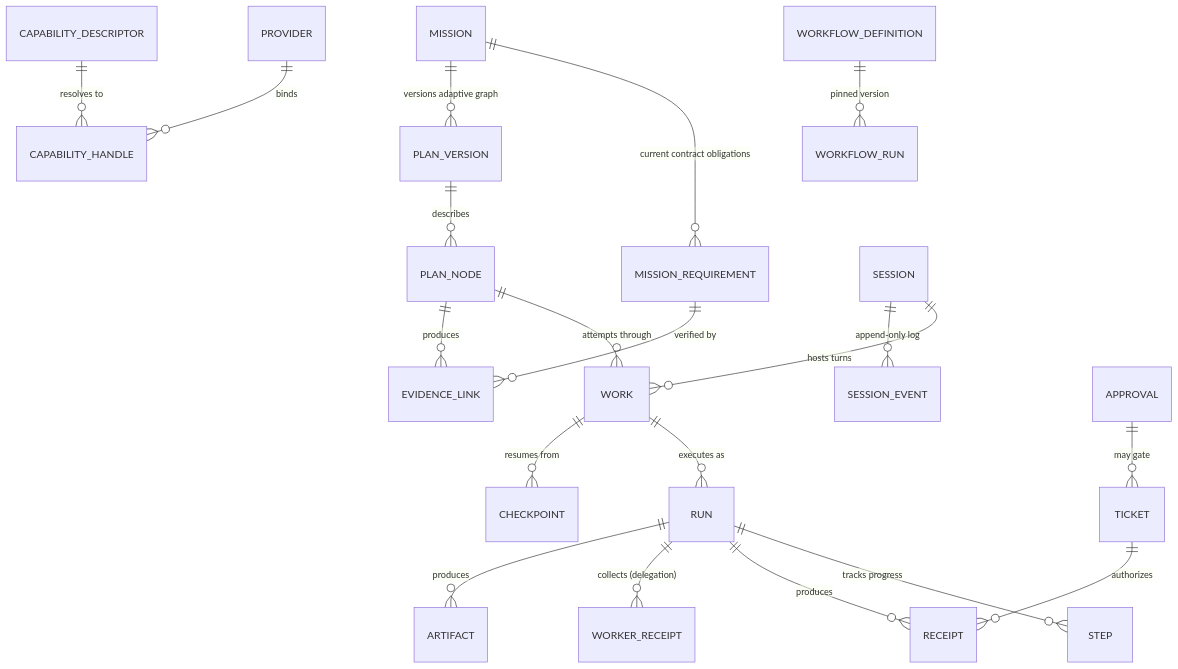
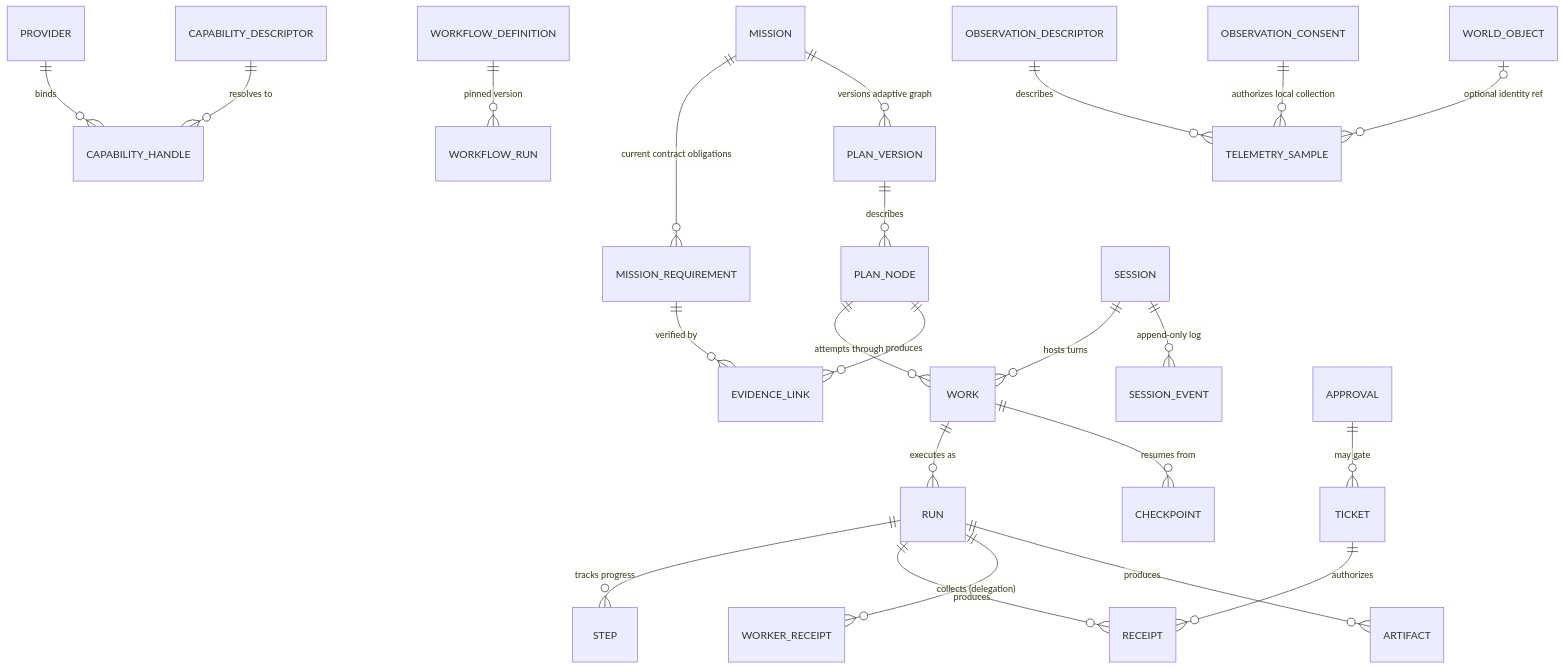
The diagram in ARCH/06-DATA-MODEL.md (sarv-projects/agentcowork), drawn with Mermaid before and after one commit. The commit also changed other lines of this file and 27 other files, not shown here.

````diff
--- a/ARCH/06-DATA-MODEL.md
+++ b/ARCH/06-DATA-MODEL.md
@@ -67,22 +71,25 @@
 ```mermaid
 erDiagram
   MISSION ||--o{ MISSION_REQUIREMENT : "current contract obligations"
   MISSION ||--o{ PLAN_VERSION : "versions adaptive graph"
   PLAN_VERSION ||--o{ PLAN_NODE : "describes"
   PLAN_NODE ||--o{ WORK : "attempts through"
   MISSION_REQUIREMENT ||--o{ EVIDENCE_LINK : "verified by"
   PLAN_NODE ||--o{ EVIDENCE_LINK : "produces"
   SESSION ||--o{ WORK : "hosts turns"
   SESSION ||--o{ SESSION_EVENT : "append-only log"
   WORK ||--o{ RUN : "executes as"
   WORK ||--o{ CHECKPOINT : "resumes from"
   RUN ||--o{ STEP : "tracks progress"
   RUN ||--o{ RECEIPT : "produces"
   RUN ||--o{ WORKER_RECEIPT : "collects (delegation)"
   RUN ||--o{ ARTIFACT : "produces"
   TICKET ||--o{ RECEIPT : "authorizes"
   APPROVAL ||--o{ TICKET : "may gate"
   PROVIDER ||--o{ CAPABILITY_HANDLE : "binds"
   CAPABILITY_DESCRIPTOR ||--o{ CAPABILITY_HANDLE : "resolves to"
   WORKFLOW_DEFINITION ||--o{ WORKFLOW_RUN : "pinned version"
+  OBSERVATION_DESCRIPTOR ||--o{ TELEMETRY_SAMPLE : "describes"
+  OBSERVATION_CONSENT ||--o{ TELEMETRY_SAMPLE : "authorizes local collection"
+  WORLD_OBJECT o|--o{ TELEMETRY_SAMPLE : "optional identity ref"
 ```
````
